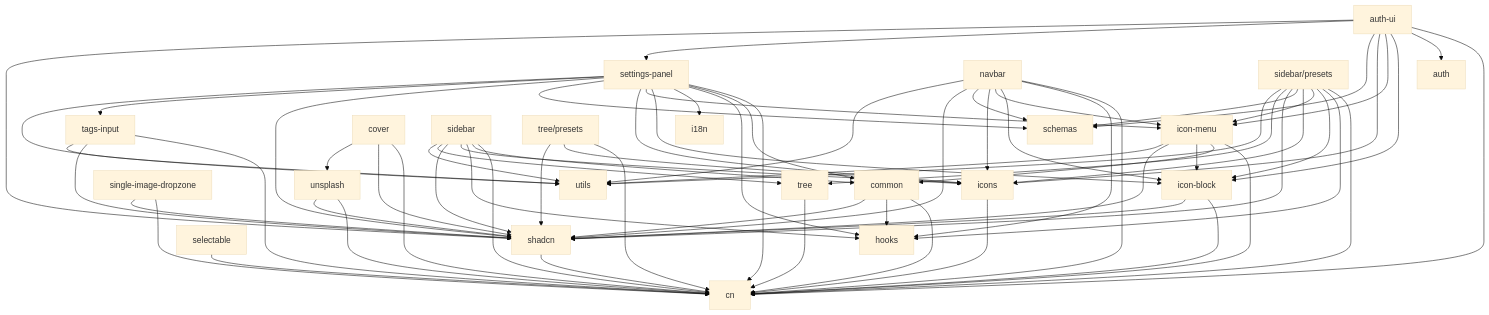
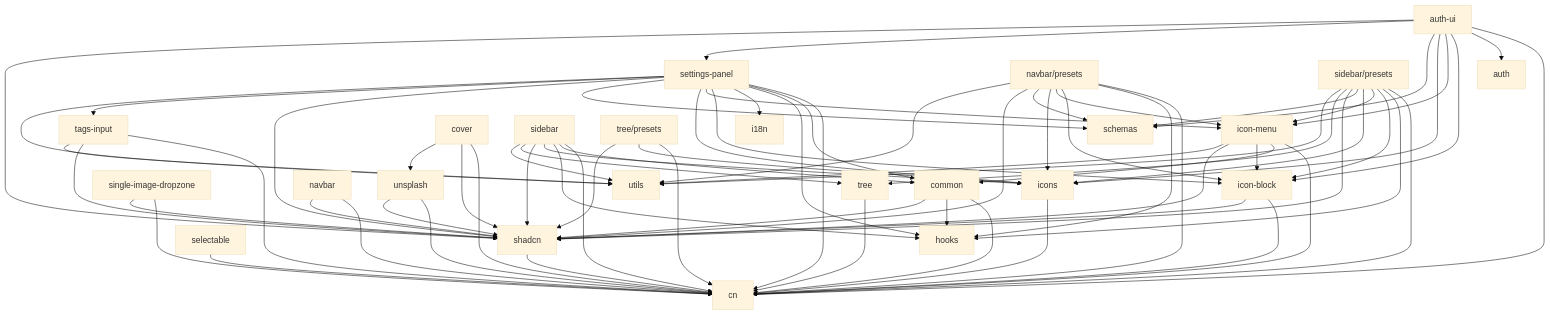
The diagram in package-dependencies.md (steeeee0223/notion-kit), drawn with Mermaid (base theme) before and after one commit. The commit also changed other lines of this file and 1 other file, not shown here.

```diff
--- a/package-dependencies.md
+++ b/package-dependencies.md
@@ -31,6 +31,9 @@
     common --> cn
     common --> hooks
     common --> shadcn
+        
+    navbar --> cn
+    navbar --> shadcn
     
     %% Level 3 - depends on Level 2
     tree --> cn
@@ -60,15 +63,6 @@
     settings-panel --> tags-input
     settings-panel --> utils
     
-    navbar --> cn
-    navbar --> hooks
-    navbar --> icon-block
-    navbar --> icon-menu
-    navbar --> icons
-    navbar --> schemas
-    navbar --> shadcn
-    navbar --> utils
-    
     auth-ui --> cn
     auth-ui --> auth
     auth-ui --> icon-block
@@ -91,6 +85,16 @@
     tree-presets[tree/presets] --> cn
     tree-presets --> icons
     tree-presets --> shadcn
+
+    %% navbar/presets subpackage (virtual node for documentation)
+    navbar/presets --> cn
+    navbar/presets --> hooks
+    navbar/presets --> icon-block
+    navbar/presets --> icon-menu
+    navbar/presets --> icons
+    navbar/presets --> schemas
+    navbar/presets --> shadcn
+    navbar/presets --> utils
     
     %% sidebar/presets subpackage (virtual node for documentation)
     sidebar-presets[sidebar/presets] --> cn
```
